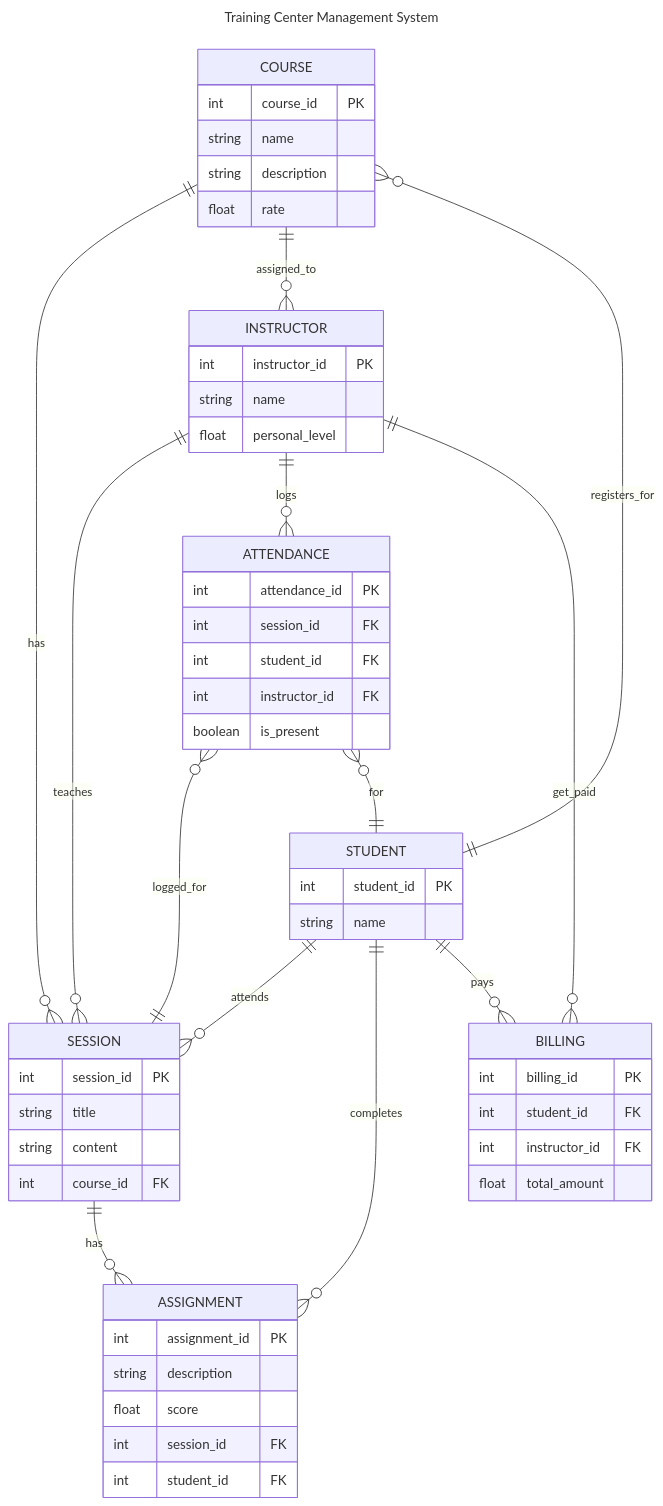
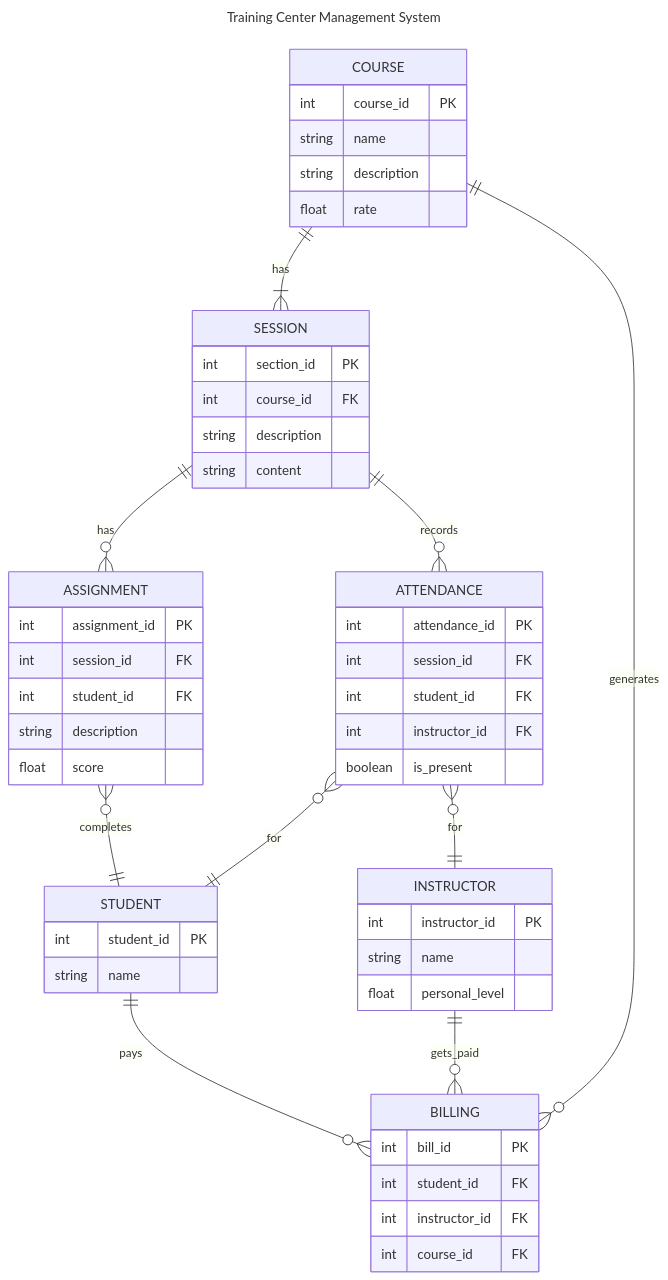
One commit to SadNguyen2107/Training-Center-Management-System changed the diagram in README.md. Above: the diagram before and after it, drawn with Mermaid. The commit also changed other lines of this file and 1 other file, not shown here.

````diff
--- a/README.md
+++ b/README.md
@@ -24,66 +25,64 @@
 ```mermaid
 ---
 title: Training Center Management System
 ---
 erDiagram
     COURSE {
         int course_id PK
         string name
         string description
         float rate
     }
-    
+
     SESSION {
-        int session_id PK
-        string title
+        int section_id PK
+        int course_id FK
+        string description
         string content
-        int course_id FK
     }
-    
+
     STUDENT {
         int student_id PK
         string name
     }
-    
+
     INSTRUCTOR {
         int instructor_id PK
         string name
         float personal_level
     }
-    
+
     ASSIGNMENT {
         int assignment_id PK
+        int session_id FK
+        int student_id FK
         string description
         float score
-        int session_id FK
+    }
+
+    BILLING {
+        int bill_id PK
         int student_id FK
+        int instructor_id FK
+        int course_id FK
     }
-    
+
     ATTENDANCE {
         int attendance_id PK
         int session_id FK
         int student_id FK
         int instructor_id FK
         boolean is_present
     }
+
+    COURSE ||--|{ SESSION : has
+    SESSION ||--o{ ASSIGNMENT : has
+    SESSION ||--o{ ATTENDANCE : records
+    ATTENDANCE }o--|| STUDENT : for
+    ATTENDANCE }o--|| INSTRUCTOR : for
+    ASSIGNMENT }o--|| STUDENT : completes
     
-    BILLING {
-        int billing_id PK
-        int student_id FK
-        int instructor_id FK
-        float total_amount
-    }
-    
-    COURSE ||--o{ SESSION : has
-    COURSE ||--o{ INSTRUCTOR : assigned_to
-    SESSION ||--o{ ASSIGNMENT : has
-    STUDENT ||--o{ COURSE : registers_for
-    STUDENT ||--o{ SESSION : attends
-    STUDENT ||--o{ ASSIGNMENT : completes
-    INSTRUCTOR ||--o{ SESSION : teaches
-    INSTRUCTOR ||--o{ ATTENDANCE : logs
-    ATTENDANCE }o--|| SESSION : logged_for
-    ATTENDANCE }o--|| STUDENT : for
     STUDENT ||--o{ BILLING : pays
-    BILLING }o--|| INSTRUCTOR : get_paid
+    INSTRUCTOR ||--o{ BILLING : gets_paid
+    COURSE ||--o{ BILLING : generates
 ```
````
